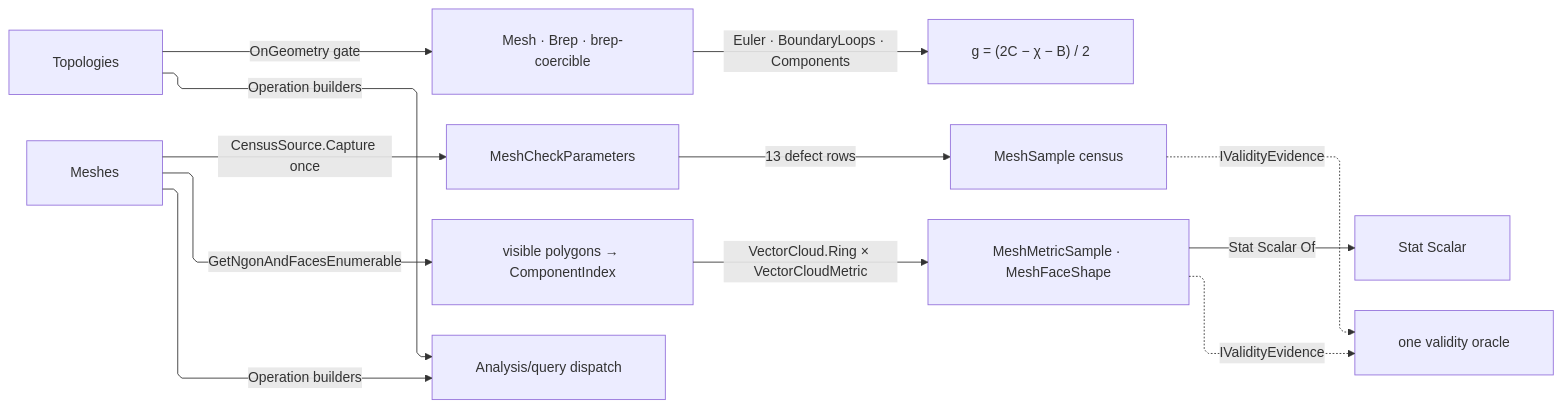
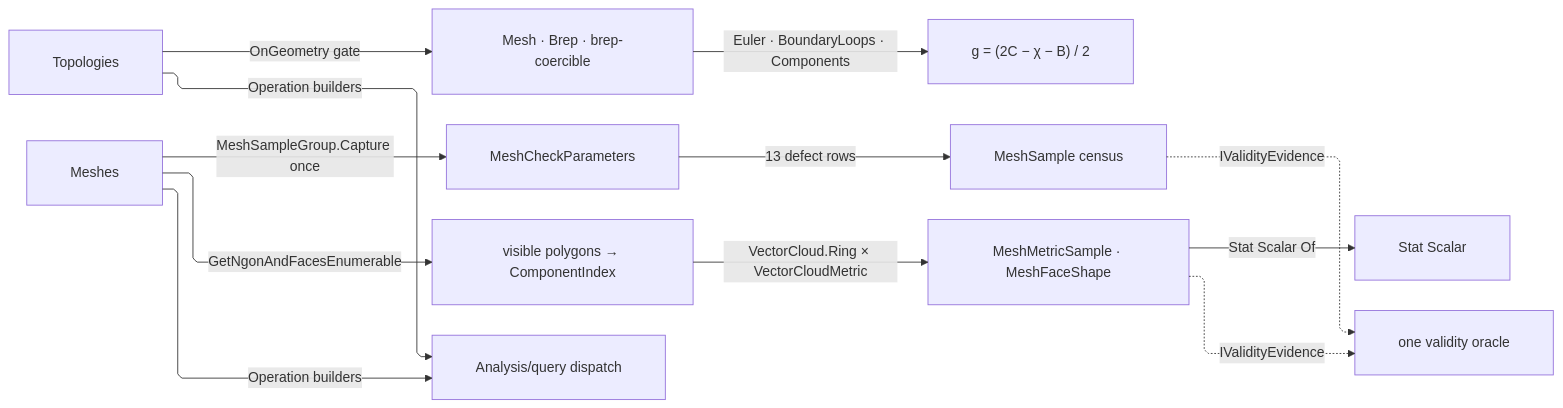
Before and after one commit to bsamiee/Rasm: the diagram in libs/dotnet/Rasm/.planning/Analysis/inspect.md, drawn with Mermaid. The commit also changed other lines of this file and 16 other files, not shown here.

````diff
--- a/libs/dotnet/Rasm/.planning/Analysis/inspect.md
+++ b/libs/dotnet/Rasm/.planning/Analysis/inspect.md
@@ -565,21 +491,21 @@
 ```mermaid
 ---
 config:
   layout: elk
   flowchart:
     curve: linear
     padding: 25
 ---
 flowchart LR
     accTitle: Topology and mesh inspection census
-    accDescr: Topologies resolving Euler characteristic, boundary loops, and components into genus, meshes capturing one check through the census source row into a thirteen-row defect census and visible polygons into metric samples summarized as carrier statistics, both feeding the validity oracle and entering the query dispatch as operation builders.
+    accDescr: Topologies resolving Euler characteristic, boundary loops, and components into genus, meshes capturing one check through the sample group's capture delegate into a thirteen-row defect census and visible polygons into metric samples summarized as carrier statistics, both feeding the validity oracle and entering the query dispatch as operation builders.
     Topologies -->|OnGeometry gate| Duality[Mesh · Brep · brep-coercible]
     Duality -->|Euler · BoundaryLoops · Components| Genus["g = (2C − χ − B) / 2"]
-    Meshes -->|CensusSource.Capture once| Capture[MeshCheckParameters]
+    Meshes -->|MeshSampleGroup.Capture once| Capture[MeshCheckParameters]
     Capture -->|13 defect rows| Samples[MeshSample census]
     Meshes -->|GetNgonAndFacesEnumerable| Polygons[visible polygons → ComponentIndex]
     Polygons -->|VectorCloud.Ring × VectorCloudMetric| Metrics[MeshMetricSample · MeshFaceShape]
     Metrics -->|Stat Scalar Of| Summary[Stat Scalar]
     Samples & Metrics -.->|IValidityEvidence| Oracle[one validity oracle]
     Topologies & Meshes -->|Operation builders| Query[Analysis/query dispatch]
 ```
````
